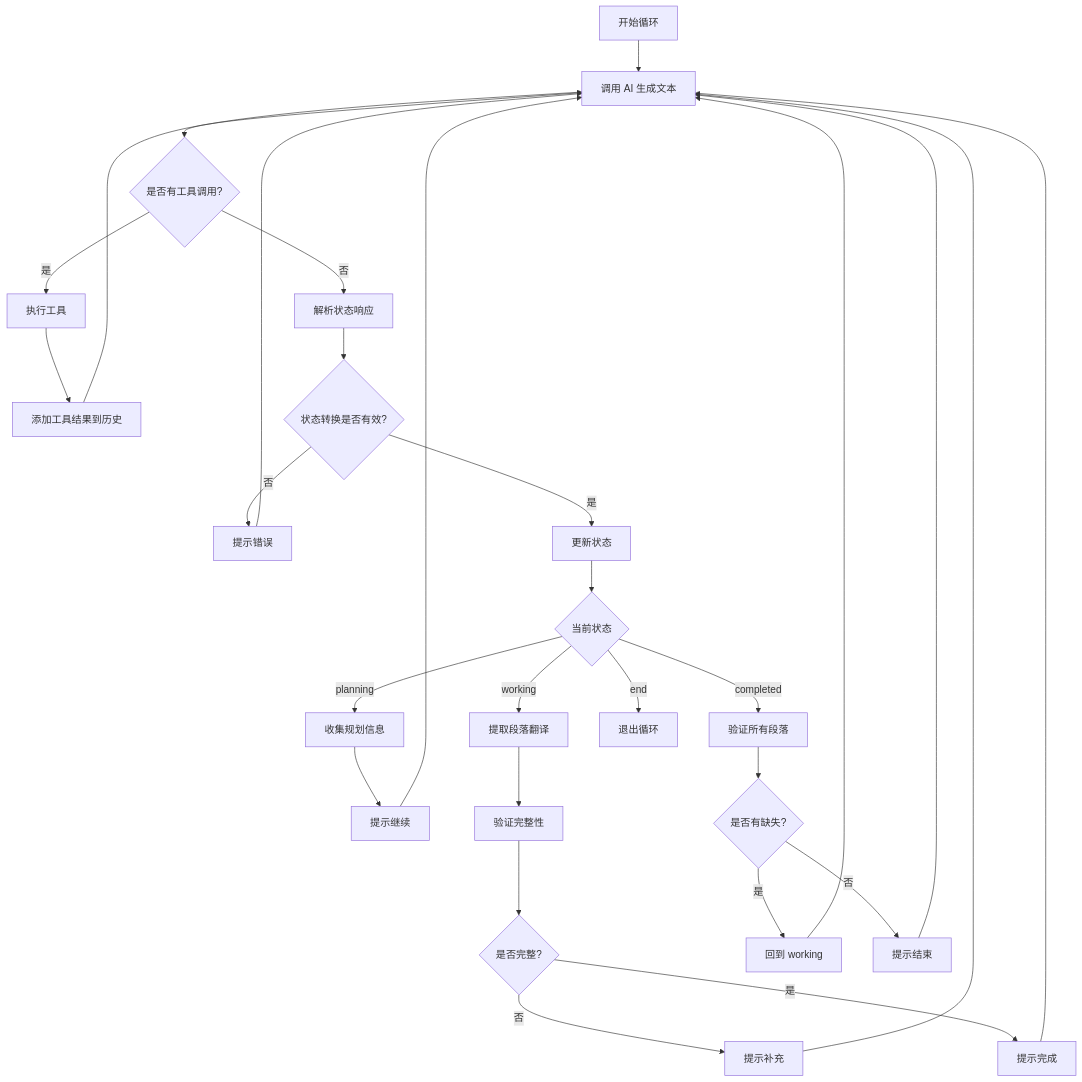
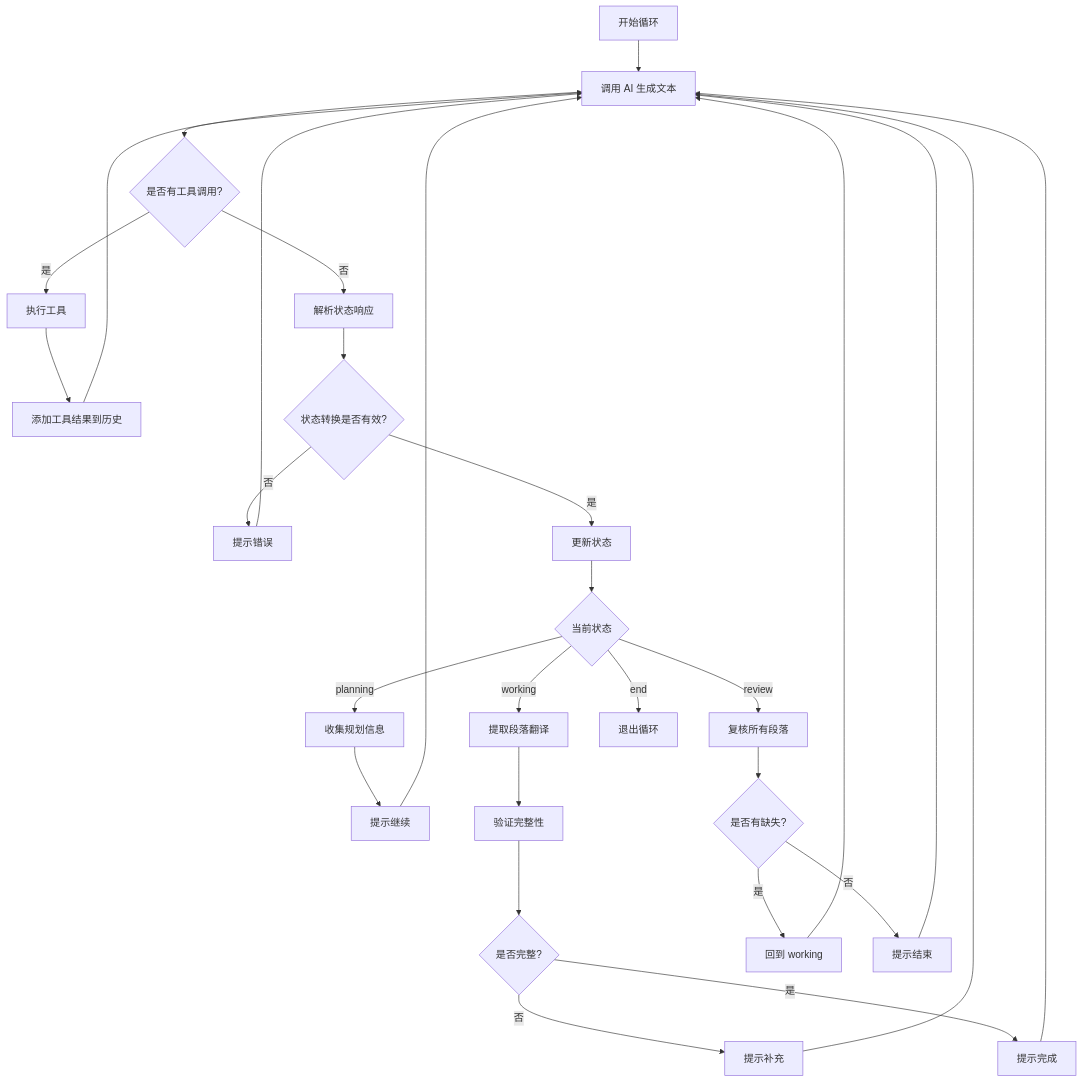
One commit to rozx/Tsukuyomi changed the second of 2 diagrams in docs/TRANSLATION_AI_TASK_FLOW.md. Above: the diagram before and after it, drawn with Mermaid. The commit also changed other lines of this file and 21 other files, not shown here.

First line of the commit message:
refactor: update task flow to replace 'completed' with 'review'

````diff
--- a/docs/TRANSLATION_AI_TASK_FLOW.md
+++ b/docs/TRANSLATION_AI_TASK_FLOW.md
@@ -119,31 +119,31 @@
 ```mermaid
 graph TD
     A[开始循环] --> B[调用 AI 生成文本]
     B --> C{是否有工具调用?}
     C -->|是| D[执行工具]
     D --> E[添加工具结果到历史]
     E --> B
     C -->|否| F[解析状态响应]
     F --> G{状态转换是否有效?}
     G -->|否| H[提示错误]
     H --> B
     G -->|是| I[更新状态]
     I --> J{当前状态}
     J -->|planning| K[收集规划信息]
     K --> L[提示继续]
     L --> B
     J -->|working| M[提取段落翻译]
     M --> N[验证完整性]
     N --> O{是否完整?}
     O -->|否| P[提示补充]
     P --> B
     O -->|是| Q[提示完成]
     Q --> B
-    J -->|completed| R[验证所有段落]
+    J -->|review| R[复核所有段落]
     R --> S{是否有缺失?}
     S -->|是| T[回到 working]
     T --> B
     S -->|否| U[提示结束]
     U --> B
     J -->|end| V[退出循环]
 ```
````
